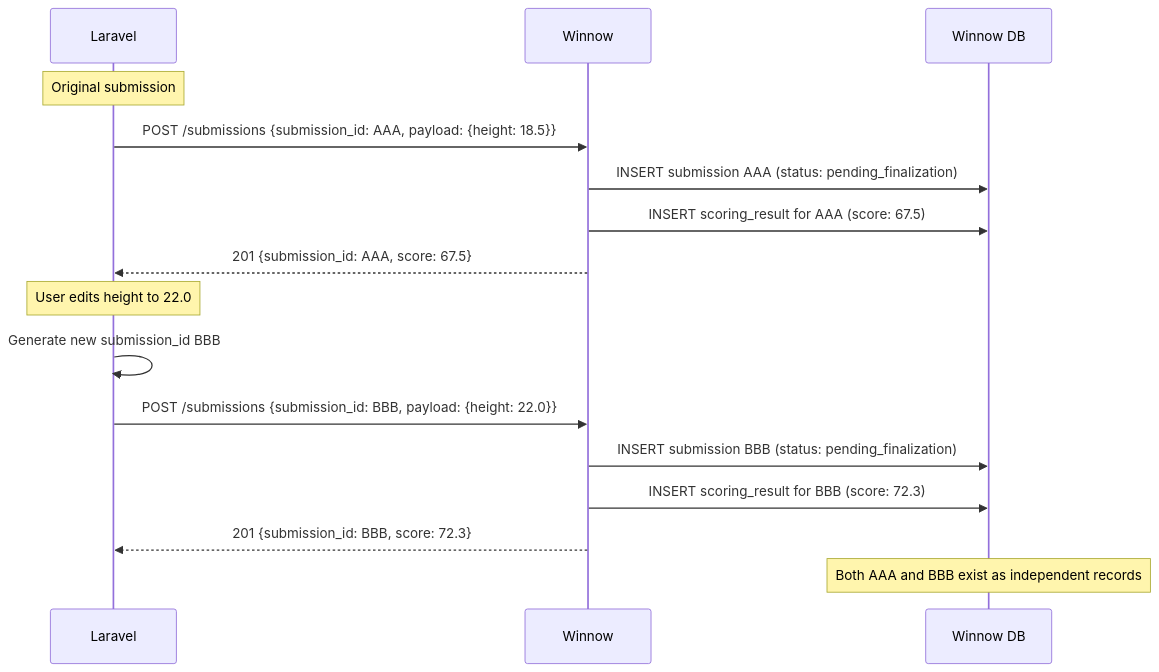
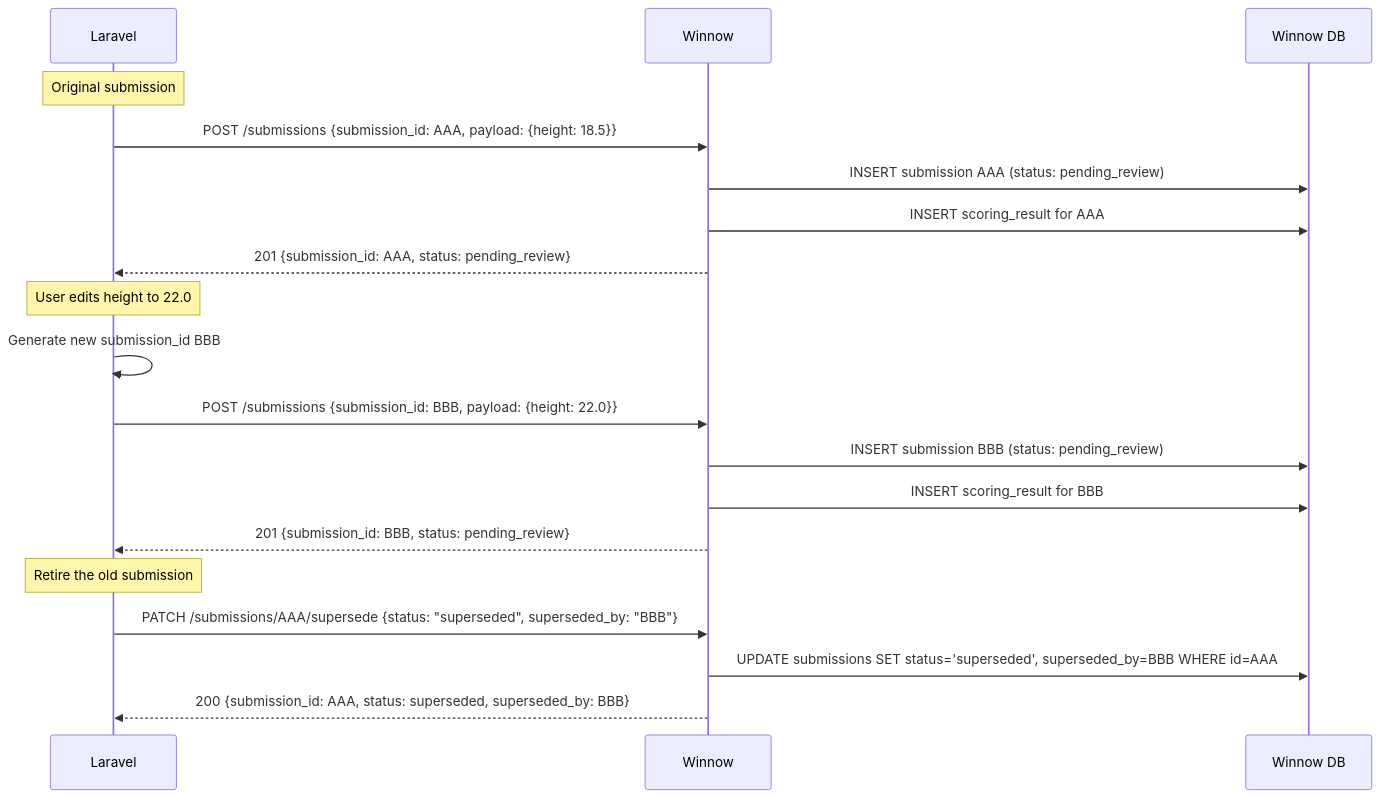
Before and after one commit to leyyce/winnow: the second of 3 diagrams in docs/architecture/05_database_design.md, drawn with Mermaid. The commit also changed other lines of this file and 36 other files, not shown here.

````diff
--- a/docs/architecture/05_database_design.md
+++ b/docs/architecture/05_database_design.md
@@ -330,21 +336,24 @@
 ```mermaid
 sequenceDiagram
     participant Laravel
     participant Winnow
     participant DB as Winnow DB
 
     Note over Laravel: Original submission
     Laravel->>Winnow: POST /submissions {submission_id: AAA, payload: {height: 18.5}}
-    Winnow->>DB: INSERT submission AAA (status: pending_finalization)
-    Winnow->>DB: INSERT scoring_result for AAA (score: 67.5)
-    Winnow-->>Laravel: 201 {submission_id: AAA, score: 67.5}
+    Winnow->>DB: INSERT submission AAA (status: pending_review)
+    Winnow->>DB: INSERT scoring_result for AAA
+    Winnow-->>Laravel: 201 {submission_id: AAA, status: pending_review}
 
     Note over Laravel: User edits height to 22.0
     Laravel->>Laravel: Generate new submission_id BBB
     Laravel->>Winnow: POST /submissions {submission_id: BBB, payload: {height: 22.0}}
-    Winnow->>DB: INSERT submission BBB (status: pending_finalization)
-    Winnow->>DB: INSERT scoring_result for BBB (score: 72.3)
-    Winnow-->>Laravel: 201 {submission_id: BBB, score: 72.3}
+    Winnow->>DB: INSERT submission BBB (status: pending_review)
+    Winnow->>DB: INSERT scoring_result for BBB
+    Winnow-->>Laravel: 201 {submission_id: BBB, status: pending_review}
 
-    Note over DB: Both AAA and BBB exist as independent records
+    Note over Laravel: Retire the old submission
+    Laravel->>Winnow: PATCH /submissions/AAA/supersede {status: "superseded", superseded_by: "BBB"}
+    Winnow->>DB: UPDATE submissions SET status='superseded', superseded_by=BBB WHERE id=AAA
+    Winnow-->>Laravel: 200 {submission_id: AAA, status: superseded, superseded_by: BBB}
 ```
````
